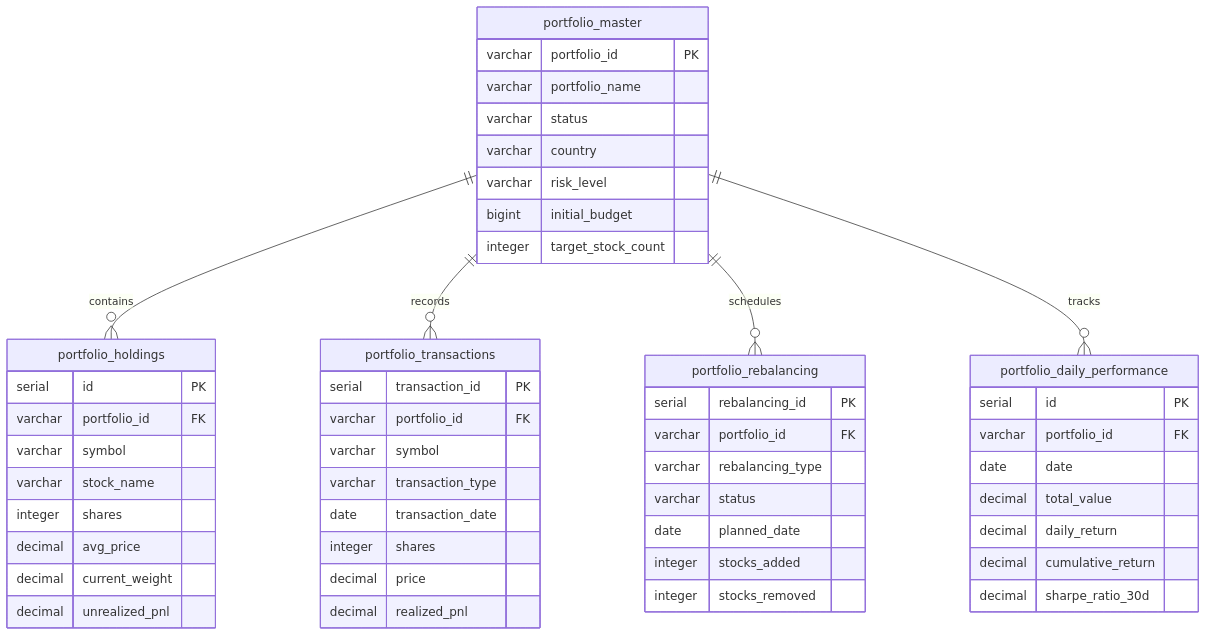
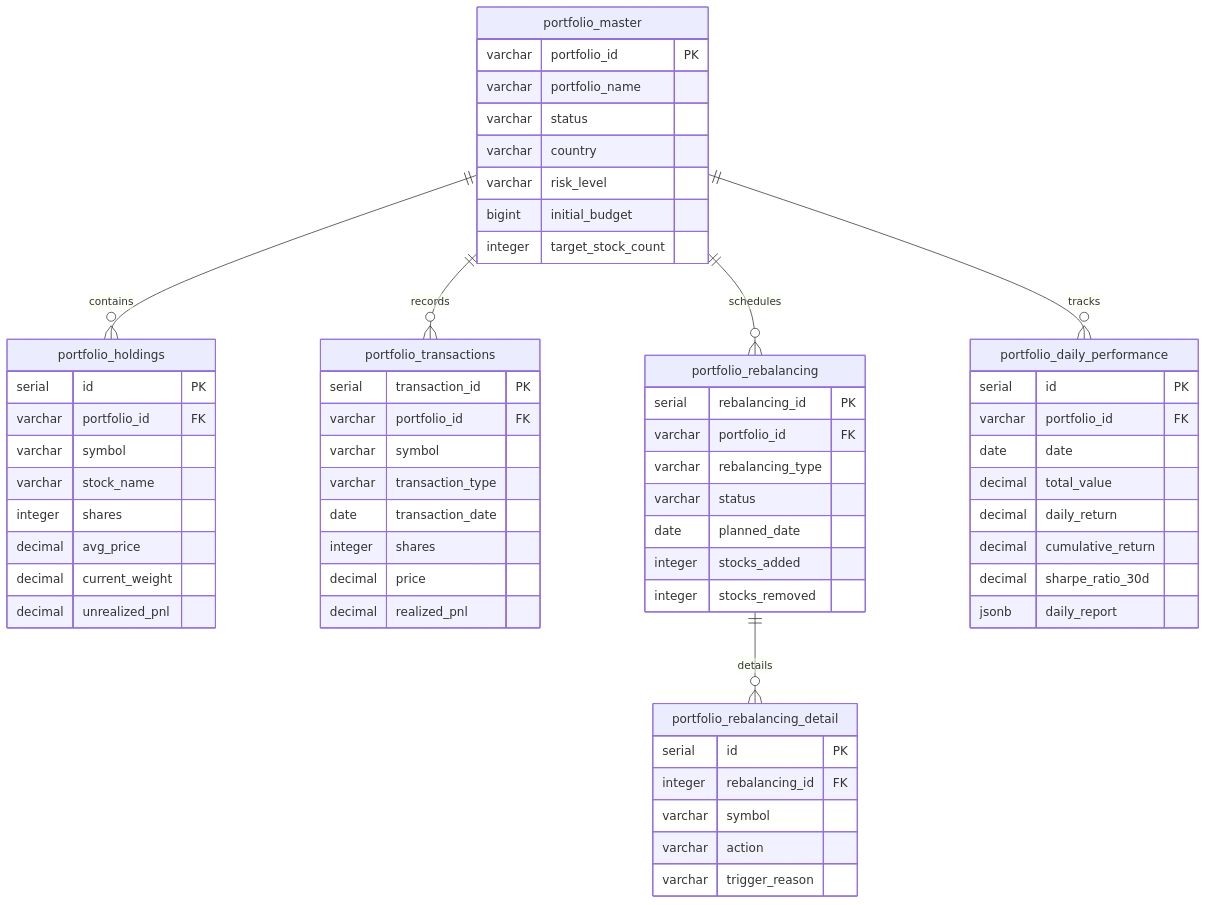
One commit to vinjung/alphafolio_overview changed diagram 14 of 14 in README.md. Above: the diagram before and after it, drawn with Mermaid. The commit also changed other lines of this file, not shown here.

````diff
--- a/README.md
+++ b/README.md
@@ -378,59 +830,69 @@
 ```mermaid
 erDiagram
     portfolio_master ||--o{ portfolio_holdings : contains
     portfolio_master ||--o{ portfolio_transactions : records
     portfolio_master ||--o{ portfolio_rebalancing : schedules
     portfolio_master ||--o{ portfolio_daily_performance : tracks
+    portfolio_rebalancing ||--o{ portfolio_rebalancing_detail : details
 
     portfolio_master {
         varchar portfolio_id PK
         varchar portfolio_name
         varchar status
         varchar country
         varchar risk_level
         bigint initial_budget
         integer target_stock_count
     }
 
     portfolio_holdings {
         serial id PK
         varchar portfolio_id FK
         varchar symbol
         varchar stock_name
         integer shares
         decimal avg_price
         decimal current_weight
         decimal unrealized_pnl
     }
 
     portfolio_transactions {
         serial transaction_id PK
         varchar portfolio_id FK
         varchar symbol
         varchar transaction_type
         date transaction_date
         integer shares
         decimal price
         decimal realized_pnl
     }
 
     portfolio_rebalancing {
         serial rebalancing_id PK
         varchar portfolio_id FK
         varchar rebalancing_type
         varchar status
         date planned_date
         integer stocks_added
         integer stocks_removed
     }
 
+    portfolio_rebalancing_detail {
+        serial id PK
+        integer rebalancing_id FK
+        varchar symbol
+        varchar action
+        varchar trigger_reason
+    }
+
     portfolio_daily_performance {
         serial id PK
         varchar portfolio_id FK
         date date
         decimal total_value
         decimal daily_return
         decimal cumulative_return
         decimal sharpe_ratio_30d
+        jsonb daily_report
     }
 ```
````
